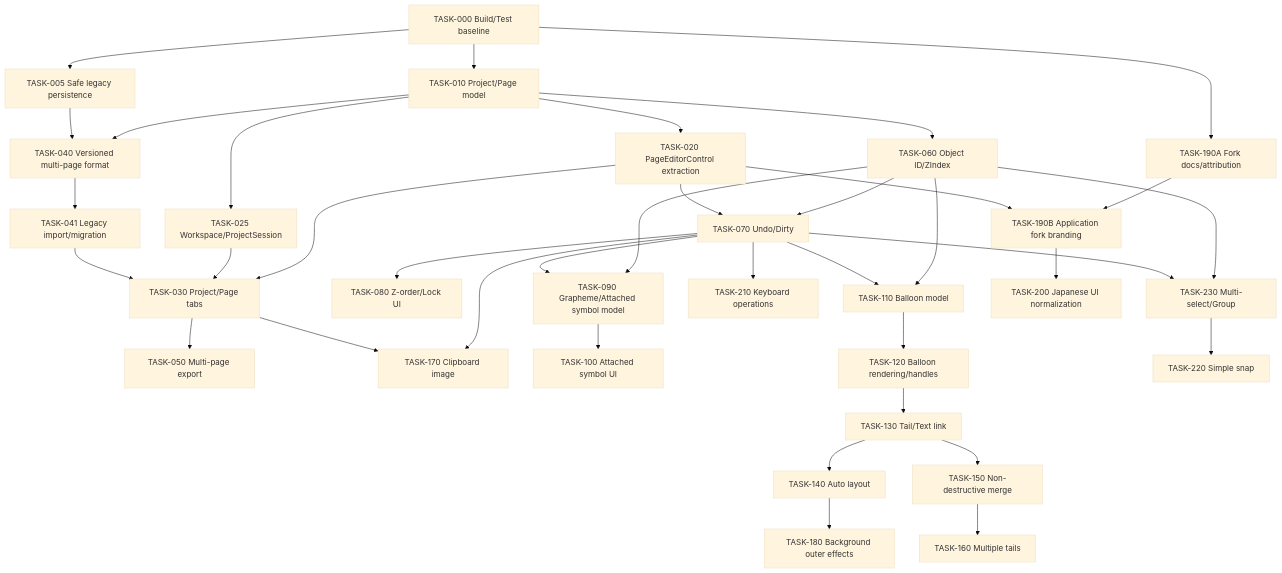
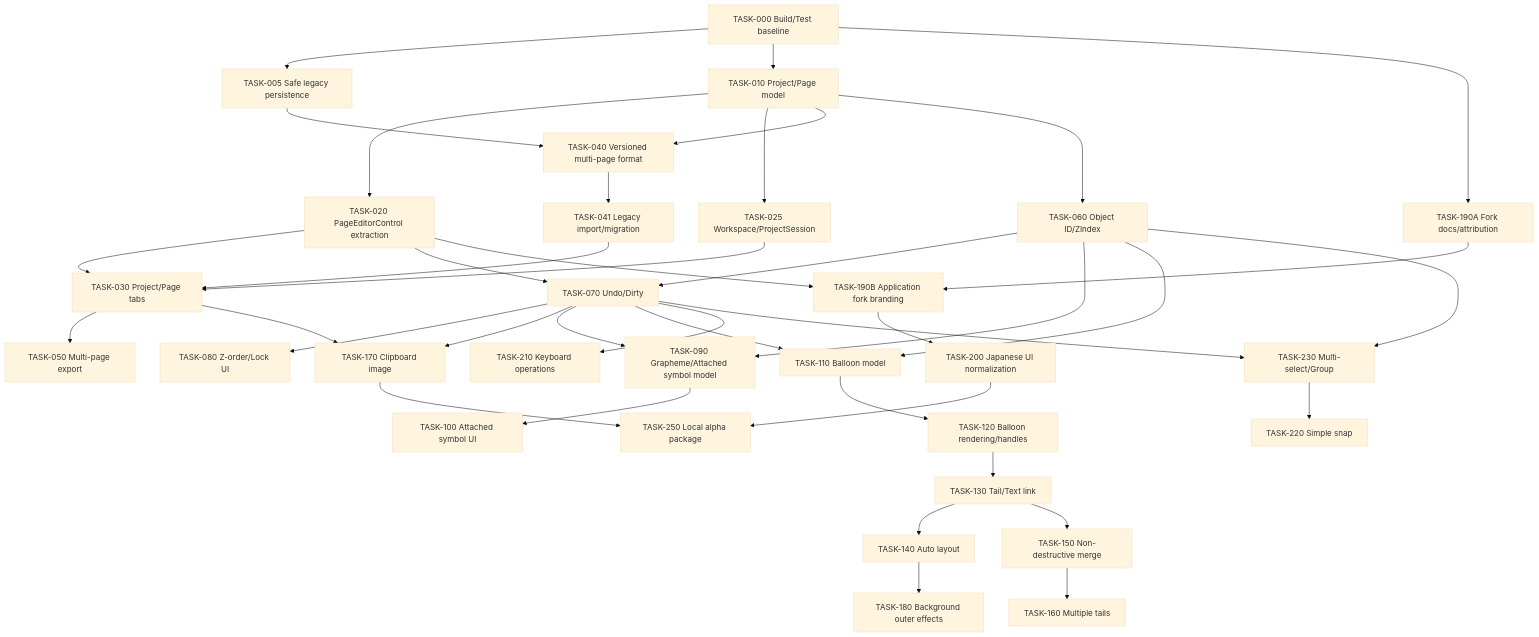
Before and after one commit to bncarrasco/MojiCollaTool_kattever: the diagram in docs/planning/task-breakdown.md, drawn with Mermaid (base theme). The commit also changed other lines of this file and 2 other files, not shown here.

Commit message:
docs: define local alpha package task

````diff
--- a/docs/planning/task-breakdown.md
+++ b/docs/planning/task-breakdown.md
@@ -9,39 +9,41 @@
 ```mermaid
 flowchart TD
   T000[TASK-000 Build/Test baseline] --> T005[TASK-005 Safe legacy persistence]
   T000 --> T010[TASK-010 Project/Page model]
   T000 --> T190A[TASK-190A Fork docs/attribution]
   T010 --> T020[TASK-020 PageEditorControl extraction]
   T010 --> T025[TASK-025 Workspace/ProjectSession]
   T010 --> T040[TASK-040 Versioned multi-page format]
   T010 --> T060[TASK-060 Object ID/ZIndex]
   T005 --> T040
   T040 --> T041[TASK-041 Legacy import/migration]
   T020 --> T030[TASK-030 Project/Page tabs]
   T025 --> T030
   T041 --> T030
   T060 --> T070[TASK-070 Undo/Dirty]
   T020 --> T070
   T070 --> T080[TASK-080 Z-order/Lock UI]
   T030 --> T050[TASK-050 Multi-page export]
   T070 --> T170[TASK-170 Clipboard image]
   T030 --> T170
   T060 --> T090[TASK-090 Grapheme/Attached symbol model]
   T070 --> T090
   T090 --> T100[TASK-100 Attached symbol UI]
   T060 --> T110[TASK-110 Balloon model]
   T070 --> T110
   T110 --> T120[TASK-120 Balloon rendering/handles]
   T120 --> T130[TASK-130 Tail/Text link]
   T130 --> T140[TASK-140 Auto layout]
   T130 --> T150[TASK-150 Non-destructive merge]
   T150 --> T160[TASK-160 Multiple tails]
   T070 --> T210[TASK-210 Keyboard operations]
   T060 --> T230[TASK-230 Multi-select/Group]
   T070 --> T230
   T230 --> T220[TASK-220 Simple snap]
   T190A --> T190B[TASK-190B Application fork branding]
   T020 --> T190B
   T190B --> T200[TASK-200 Japanese UI normalization]
+  T170 --> T250[TASK-250 Local alpha package]
+  T200 --> T250
   T140 --> T180[TASK-180 Background outer effects]
 ```
````
